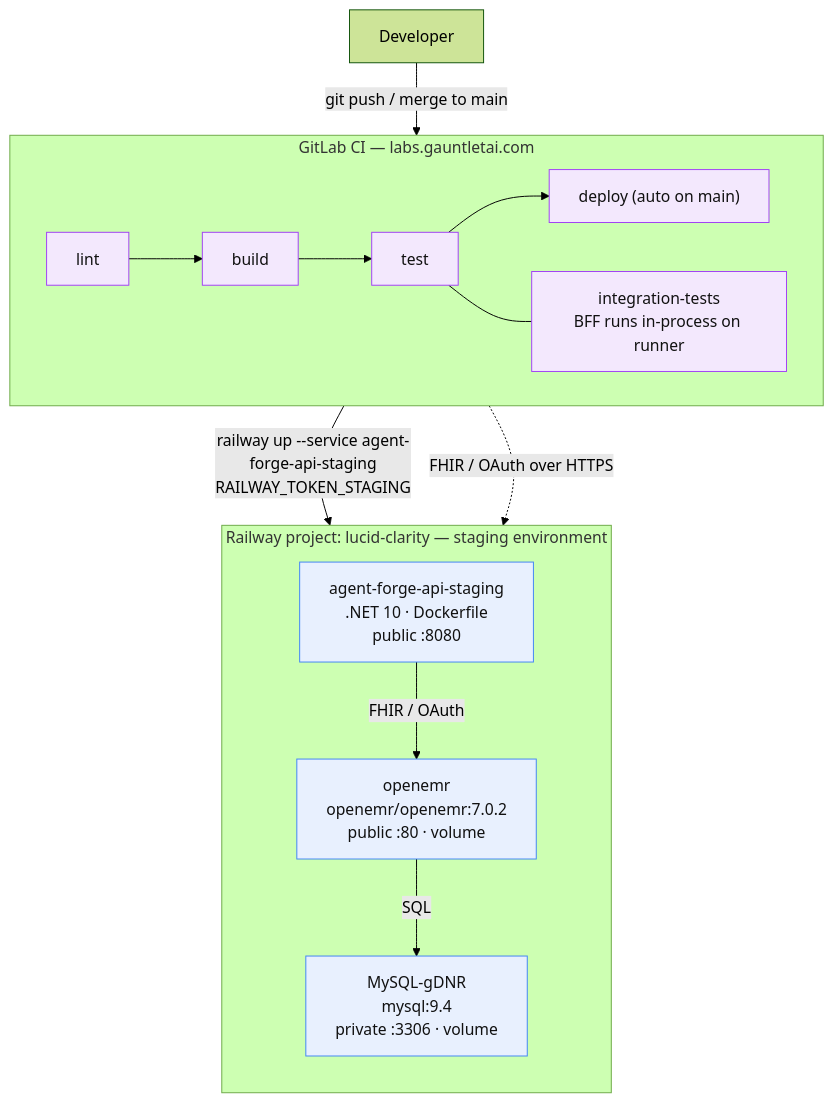
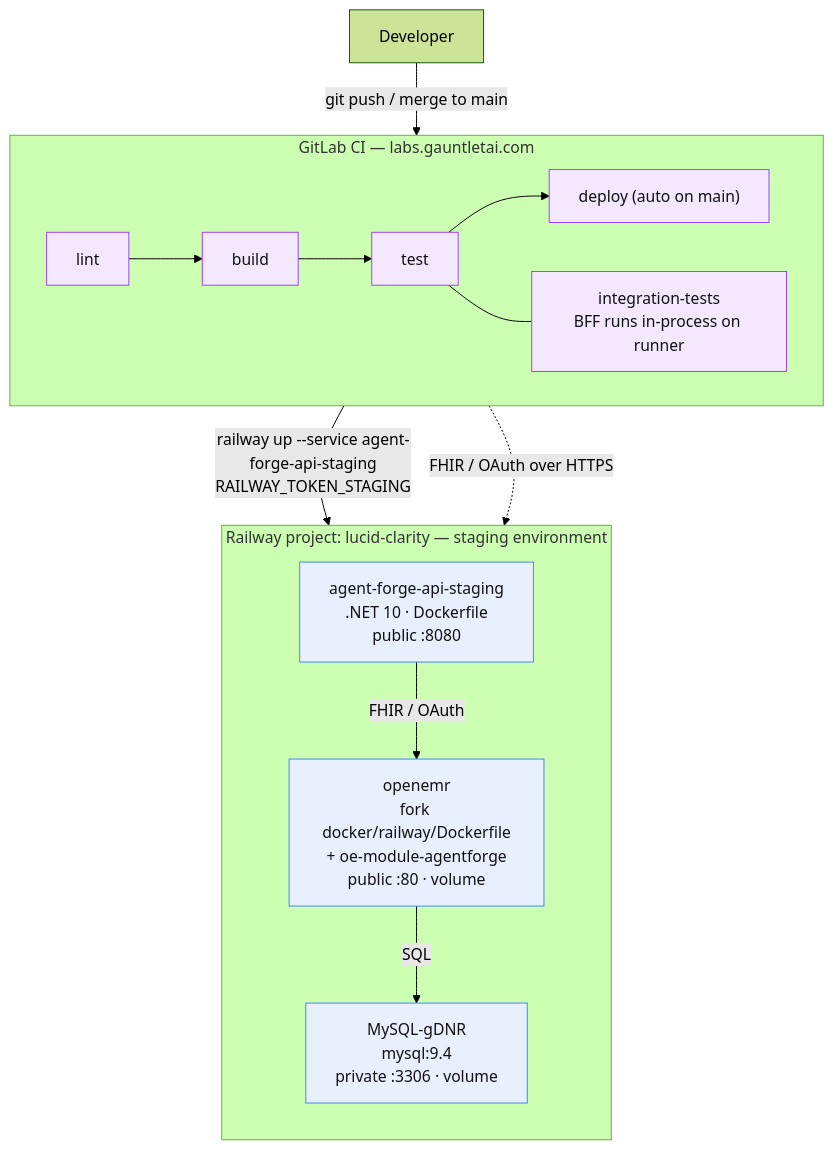
Before and after one commit to adammarquette/agent-forge-copilot: the diagram in documentation/RAILWAY.md, drawn with Mermaid (forest theme). The commit also changed other lines of this file, not shown here.

First line of the commit message:
docs(railway): correct how the openemr service is actually deployed

````diff
--- a/documentation/RAILWAY.md
+++ b/documentation/RAILWAY.md
@@ -30,29 +30,29 @@
 ```mermaid
 flowchart TB
     dev["Developer"]
 
     subgraph GL["GitLab CI &mdash; labs.gauntletai.com"]
         direction LR
         lint["lint"] --> build["build"] --> test["test"] --> deploy["deploy (auto on main)"]
         itest["integration-tests<br/>BFF runs in-process on runner"]
         test --- itest
     end
 
     subgraph RW["Railway project: lucid-clarity &mdash; staging environment"]
         direction TB
         api["agent-forge-api-staging<br/>.NET 10 · Dockerfile<br/>public :8080"]
-        oe["openemr<br/>openemr/openemr:7.0.2<br/>public :80 · volume"]
+        oe["openemr<br/>fork docker/railway/Dockerfile<br/>+ oe-module-agentforge<br/>public :80 · volume"]
         db["MySQL-gDNR<br/>mysql:9.4<br/>private :3306 · volume"]
         api -->|FHIR / OAuth| oe
         oe -->|SQL| db
     end
 
     dev -->|git push / merge to main| lint
     deploy -->|"railway up --service agent-forge-api-staging<br/>RAILWAY_TOKEN_STAGING"| api
     itest -.->|FHIR / OAuth over HTTPS| oe
 
     classDef svc fill:#e8f0fe,stroke:#4285f4,color:#111;
     classDef ci fill:#f3e8fd,stroke:#a142f4,color:#111;
     class api,oe,db svc;
     class lint,build,test,deploy,itest ci;
 ```
````
